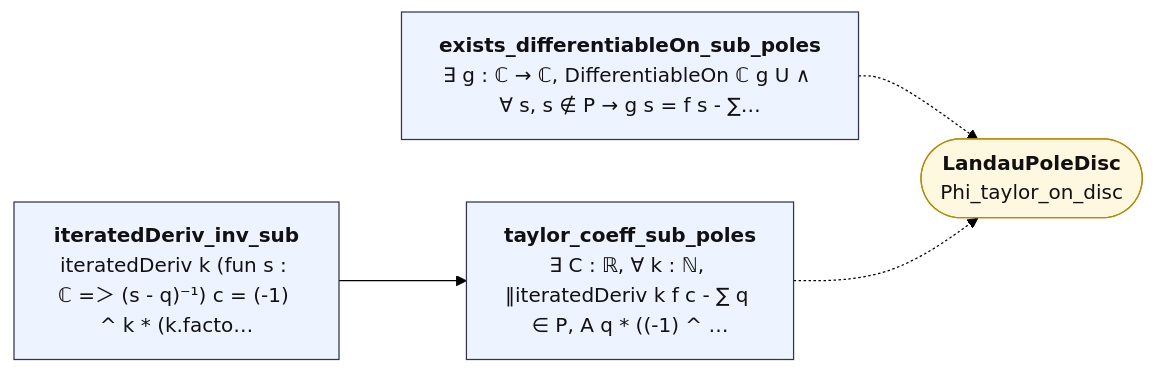
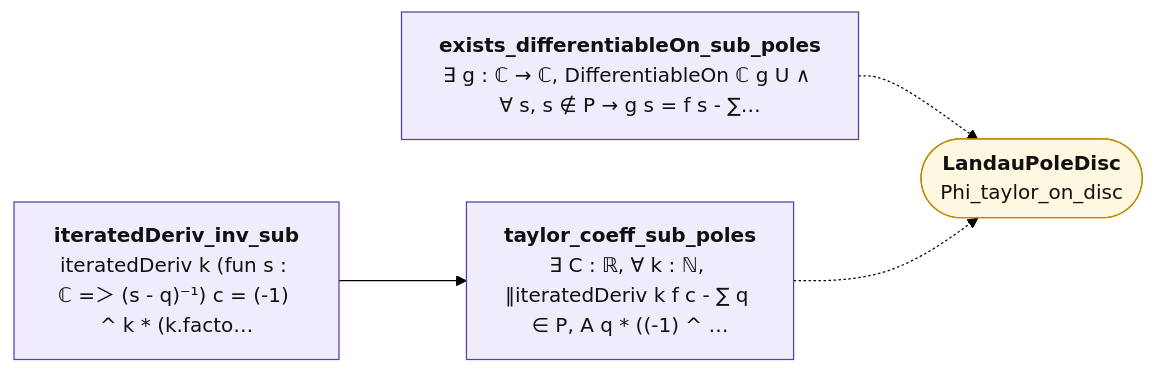
One commit to juliansambranojr/Primebeat_081426 changed the diagram in map/lean_stage3/LandauPoleSub.md. Above: the diagram before and after it, drawn with Mermaid (forest theme). The commit also changed other lines of this file and 398 other files, not shown here.

````diff
--- a/map/lean_stage3/LandauPoleSub.md
+++ b/map/lean_stage3/LandauPoleSub.md
@@ -12,15 +12,18 @@
 ```mermaid
 flowchart LR
-  n0["<b>iteratedDeriv_inv_sub</b><br/>iteratedDeriv k (fun s : ℂ =＞ (s - q)⁻¹) c = (-1) ^ k * (k.facto…"]:::thm
-  n1["<b>exists_differentiableOn_sub_poles</b><br/>∃ g : ℂ → ℂ, DifferentiableOn ℂ g U ∧ ∀ s, s ∉ P → g s = f s - ∑…"]:::thm
-  n2["<b>taylor_coeff_sub_poles</b><br/>∃ C : ℝ, ∀ k : ℕ, ‖iteratedDeriv k f c - ∑ q ∈ P, A q * ((-1) ^ …"]:::thm
+  n0["<b>iteratedDeriv_inv_sub</b><br/>iteratedDeriv k (fun s : ℂ =＞ (s - q)⁻¹) c = (-1) ^ k * (k.facto…"]:::shp
+  n1["<b>exists_differentiableOn_sub_poles</b><br/>∃ g : ℂ → ℂ, DifferentiableOn ℂ g U ∧ ∀ s, s ∉ P → g s = f s - ∑…"]:::shp
+  n2["<b>taylor_coeff_sub_poles</b><br/>∃ C : ℝ, ∀ k : ℕ, ‖iteratedDeriv k f c - ∑ q ∈ P, A q * ((-1) ^ …"]:::shp
   x0(["<b>LandauPoleDisc</b><br/>Phi_taylor_on_disc"]):::ext
   n0 --> n2
   n1 -.-> x0
   n2 -.-> x0
+  classDef cnt fill:#dff5ec,stroke:#17694a,color:#111
+  classDef shp fill:#f1ecfb,stroke:#5b3fa0,color:#111
+  classDef rh fill:#ffe5e5,stroke:#c22,color:#111,stroke-width:2px
   classDef thm fill:#eef4ff,stroke:#335,color:#111
   classDef end_ fill:#e7f7e7,stroke:#2a7,color:#111,stroke-width:2px
   classDef lone fill:#fff,stroke:#999,color:#111,stroke-dasharray:4 3
   classDef bad fill:#ffe5e5,stroke:#c22,color:#111,stroke-width:2px
   classDef ext fill:#fff8e1,stroke:#b80,color:#111
 ```
````
